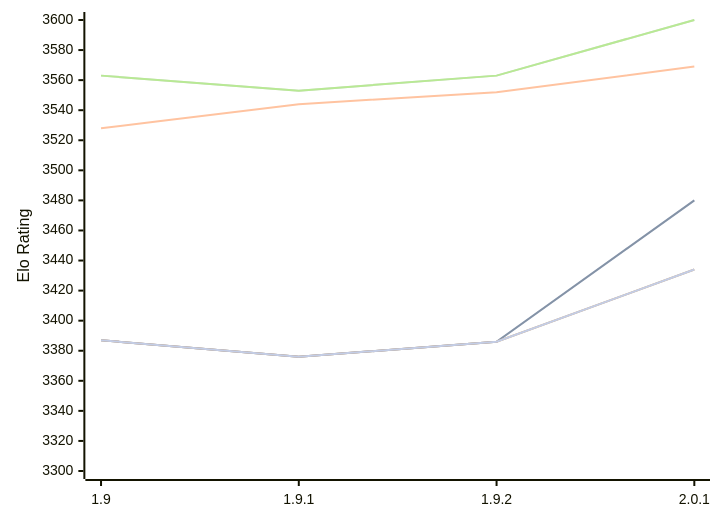
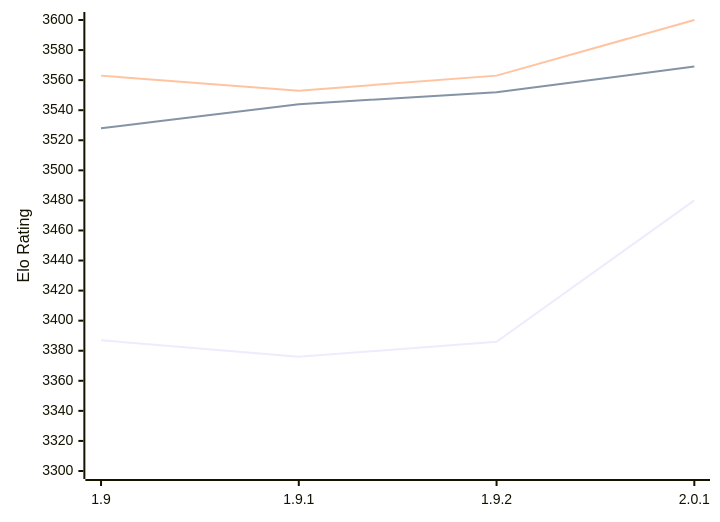
The diagram in engines/Pawnocchio.md (computer-chess-index/cci), drawn with Mermaid before and after one commit. The commit also changed other lines of this file, not shown here.

````diff
--- a/engines/Pawnocchio.md
+++ b/engines/Pawnocchio.md
@@ -50,13 +50,9 @@
 ```mermaid
 %%{init: {"theme":"base","themeVariables":{"seriesColors:['#a3a3a3','#222221','#faa371']}}}%%
 xychart-beta
   x-axis ["1.9", "1.9.1", "1.9.2", "2.0.1"]
   y-axis "Elo Rating" 3300 --> 3600
-  line "" [3387, 3376, 3386, 3480]
   line "T1: STC (8.0+0.08s)" [3387, 3376, 3386, 3480]
   line "T1: LTC (60.0+0.60s)" [3528, 3544, 3552, 3569]
-  line "" [3563, 3553, 3563, 3600]
   line "T1: VLTC (2m24s+1.12s)" [3563, 3553, 3563, 3600]
-  line "" [3387, 3376, 3386,3434]
-  line "E1: STC (8.0+0.08s)" [3387, 3376, 3386,3434]
 ```
````
